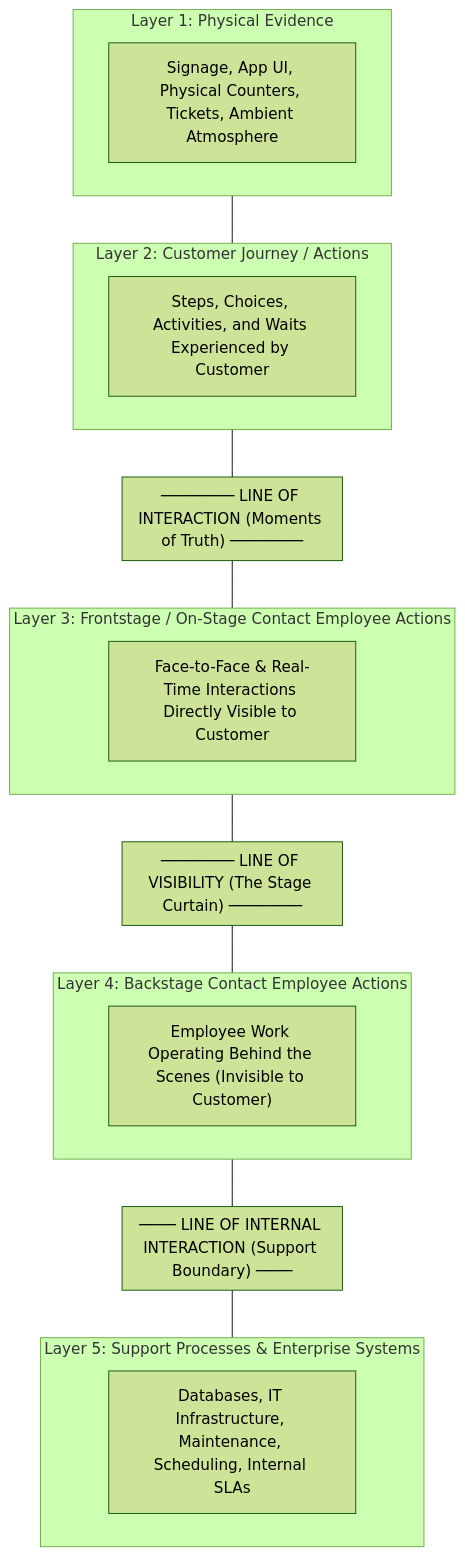
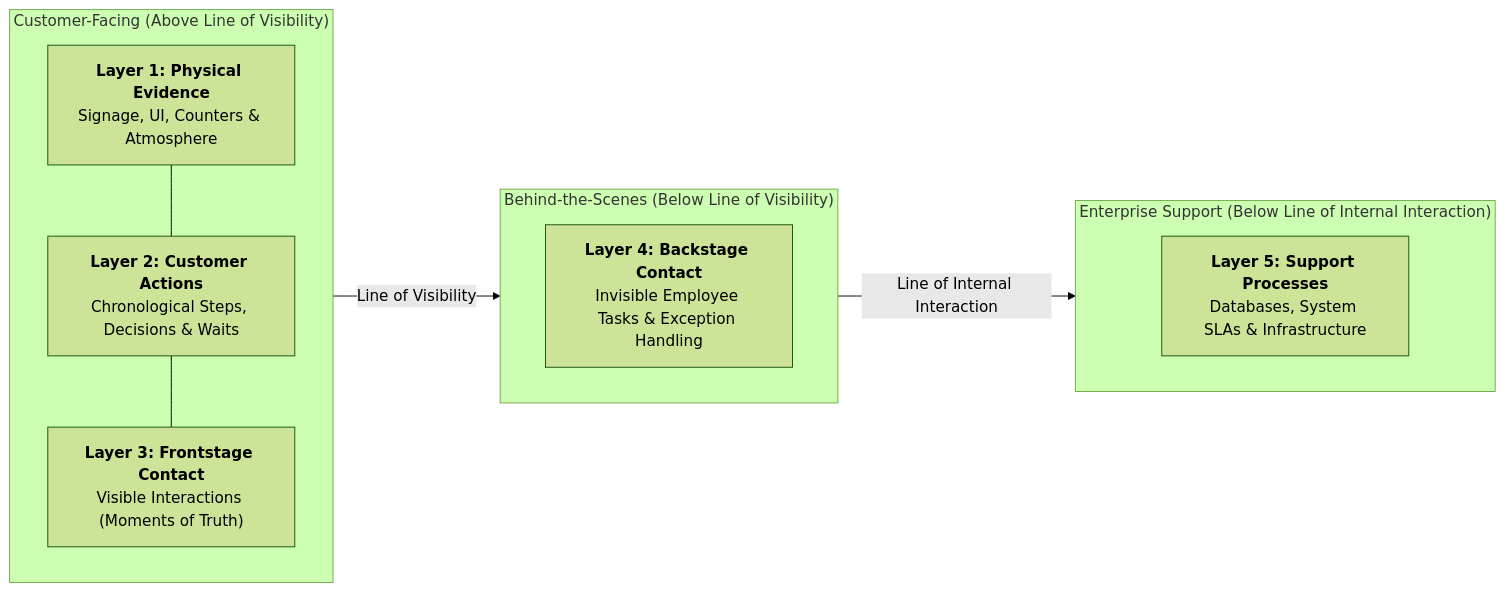
The first of 2 diagrams in content/concepts/service-blueprinting.md (egxl/MBA), drawn with Mermaid (forest theme) before and after one commit. The commit also changed 317 other files, not shown here.

````diff
--- a/content/concepts/service-blueprinting.md
+++ b/content/concepts/service-blueprinting.md
@@ -26,32 +26,22 @@
 ```mermaid
-flowchart TD
-    subgraph Layer1["Layer 1: Physical Evidence"]
-        E1["Signage, App UI, Physical Counters, Tickets, Ambient Atmosphere"]
-    end
-    subgraph Layer2["Layer 2: Customer Journey / Actions"]
-        CJ1["Steps, Choices, Activities, and Waits Experienced by Customer"]
-    end
-    subgraph Line1["──────── LINE OF INTERACTION (Moments of Truth) ────────"]
-    end
-    subgraph Layer3["Layer 3: Frontstage / On-Stage Contact Employee Actions"]
-        FS1["Face-to-Face & Real-Time Interactions Directly Visible to Customer"]
-    end
-    subgraph Line2["──────── LINE OF VISIBILITY (The Stage Curtain) ────────"]
-    end
-    subgraph Layer4["Layer 4: Backstage Contact Employee Actions"]
-        BS1["Employee Work Operating Behind the Scenes (Invisible to Customer)"]
-    end
-    subgraph Line3["──── LINE OF INTERNAL INTERACTION (Support Boundary) ────"]
-    end
-    subgraph Layer5["Layer 5: Support Processes & Enterprise Systems"]
-        SP1["Databases, IT Infrastructure, Maintenance, Scheduling, Internal SLAs"]
+flowchart LR
+    subgraph Front ["Customer-Facing (Above Line of Visibility)"]
+        direction TB
+        E1["<b>Layer 1: Physical Evidence</b><br/>Signage, UI, Counters & Atmosphere"]
+        CJ1["<b>Layer 2: Customer Actions</b><br/>Chronological Steps, Decisions & Waits"]
+        FS1["<b>Layer 3: Frontstage Contact</b><br/>Visible Interactions (Moments of Truth)"]
+        E1 --- CJ1 --- FS1
     end
 
-    Layer1 --- Layer2
-    Layer2 --- Line1
-    Line1 --- Layer3
-    Layer3 --- Line2
-    Line2 --- Layer4
-    Layer4 --- Line3
-    Line3 --- Layer5
+    subgraph Back ["Behind-the-Scenes (Below Line of Visibility)"]
+        direction TB
+        BS1["<b>Layer 4: Backstage Contact</b><br/>Invisible Employee Tasks & Exception Handling"]
+    end
+
+    subgraph Support ["Enterprise Support (Below Line of Internal Interaction)"]
+        direction TB
+        SP1["<b>Layer 5: Support Processes</b><br/>Databases, System SLAs & Infrastructure"]
+    end
+
+    Front -->|"Line of Visibility"| Back -->|"Line of Internal Interaction"| Support
 ```
````
